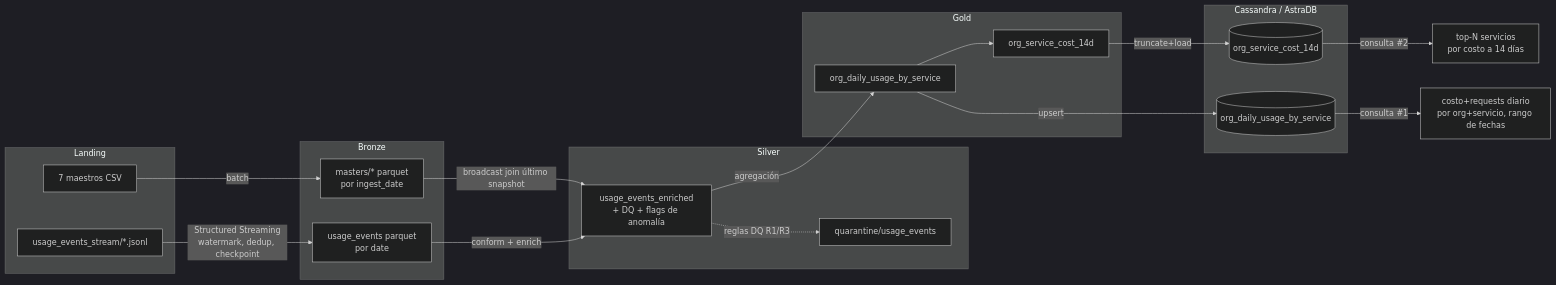
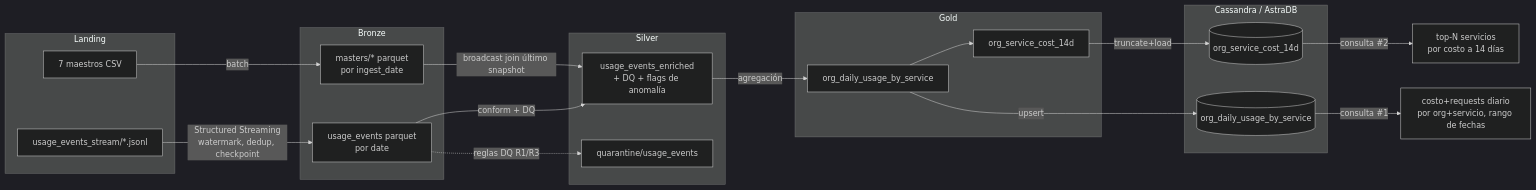
Before and after one commit to PakiQuian/tpe_big_data_2026: the diagram in segundo-parcial/README.md, drawn with Mermaid (dark theme). The commit also changed 4 other files, not shown here.

````diff
--- a/segundo-parcial/README.md
+++ b/segundo-parcial/README.md
@@ -39,34 +39,34 @@
 ```mermaid
 flowchart LR
     subgraph Landing
       CSV[7 maestros CSV]
       JSONL[usage_events_stream/*.jsonl]
     end
     subgraph Bronze
       BM[masters/* parquet<br/>por ingest_date]
       BE[usage_events parquet<br/>por date]
     end
     subgraph Silver
       SE[usage_events_enriched<br/>+ DQ + flags de anomalía]
       Q[quarantine/usage_events]
     end
     subgraph Gold
       GD[org_daily_usage_by_service]
       G14[org_service_cost_14d]
     end
     subgraph Serving[Cassandra / AstraDB]
       T1[(org_daily_usage_by_service)]
       T2[(org_service_cost_14d)]
     end
 
     CSV -->|batch| BM
     JSONL -->|Structured Streaming<br/>watermark, dedup, checkpoint| BE
+    BE -.->|reglas DQ R1/R3| Q
+    BE -->|conform + DQ| SE
     BM -->|broadcast join último snapshot| SE
-    BE -->|conform + enrich| SE
-    SE -.->|reglas DQ R1/R3| Q
     SE -->|agregación| GD --> G14
     GD -->|upsert| T1
     G14 -->|truncate+load| T2
     T1 -->|consulta #1| R1[costo+requests diario<br/>por org+servicio, rango de fechas]
     T2 -->|consulta #2| R2[top-N servicios<br/>por costo a 14 días]
 ```
````
